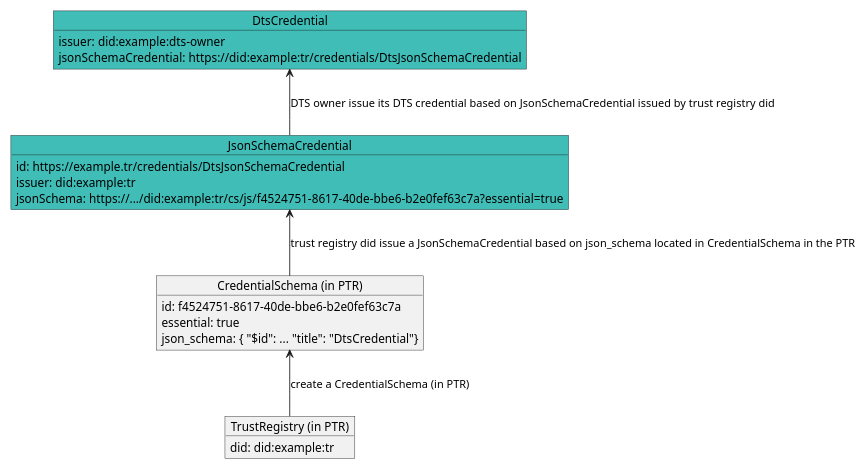
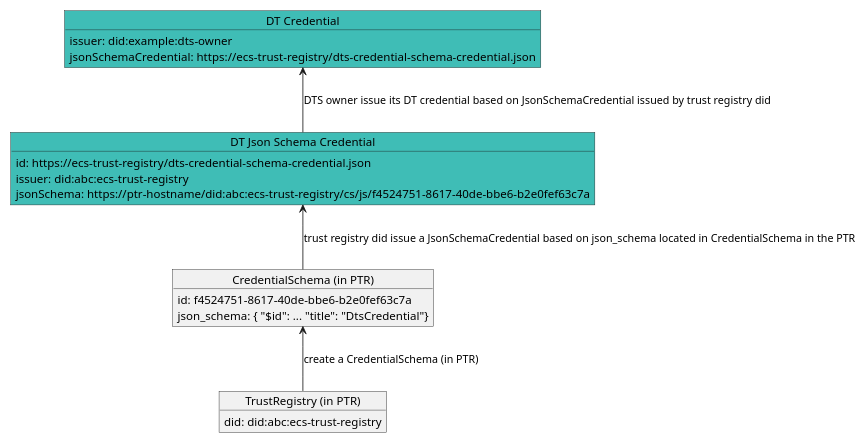
Before and after one commit to verana-labs/decentralized-trust-spec: the first of 2 diagrams in spec.md, drawn with PlantUML. The commit also changed other lines of this file and 1 other file, not shown here.

````diff
--- a/spec.md
+++ b/spec.md
@@ -163,30 +514,29 @@
 ```plantuml
 
 @startuml
 scale max 800 width
 object "TrustRegistry (in PTR)" as tr {
-  did: did:example:tr
+  did: did:abc:ecs-trust-registry
 }
 object "CredentialSchema (in PTR)" as cs {
   id: f4524751-8617-40de-bbe6-b2e0fef63c7a
-  essential: true
   json_schema: { "$id": ... "title": "DtsCredential"}
 }
-object "JsonSchemaCredential" as jsc #3fbdb6 {
-  id: https://example.tr/credentials/DtsJsonSchemaCredential
-  issuer: did:example:tr
-  jsonSchema: https://.../did:example:tr/cs/js/f4524751-8617-40de-bbe6-b2e0fef63c7a?essential=true
+object "DT Json Schema Credential" as jsc #3fbdb6 {
+  id: https://ecs-trust-registry/dts-credential-schema-credential.json
+  issuer: did:abc:ecs-trust-registry
+  jsonSchema: https://ptr-hostname/did:abc:ecs-trust-registry/cs/js/f4524751-8617-40de-bbe6-b2e0fef63c7a
 }
 
-object "DtsCredential" as dtscred #3fbdb6 {
+object "DT Credential" as dtscred #3fbdb6 {
   issuer: did:example:dts-owner
-  jsonSchemaCredential: https://did:example:tr/credentials/DtsJsonSchemaCredential
+  jsonSchemaCredential: https://ecs-trust-registry/dts-credential-schema-credential.json
 }
 
 cs <-- tr : create a CredentialSchema (in PTR)
 jsc <-- cs : trust registry did issue a JsonSchemaCredential based on json_schema located in CredentialSchema in the PTR
-dtscred <-- jsc: DTS owner issue its DTS credential based on JsonSchemaCredential issued by trust registry did
+dtscred <-- jsc: DTS owner issue its DT credential based on JsonSchemaCredential issued by trust registry did
 
 @enduml
 
 ```
````
